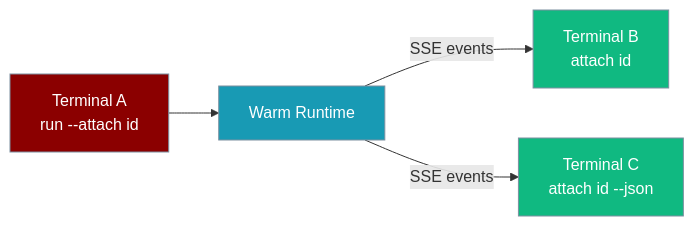
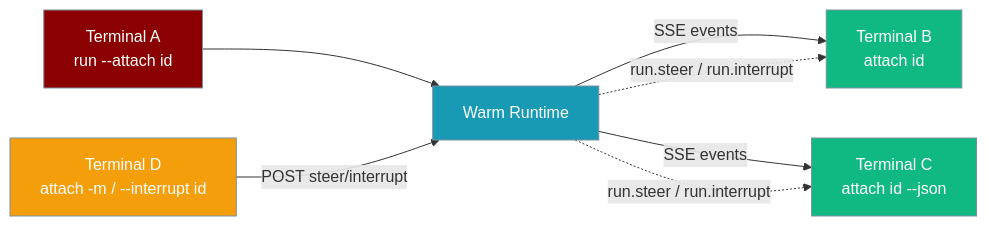
One commit to MervinPraison/PraisonAIDocs changed the first of 3 diagrams in docs/cli/attach.mdx. Above: the diagram before and after it, drawn with Mermaid. The commit also changed other lines of this file and 2 other files, not shown here.

Commit message:
docs: document attach --message/--interrupt live-turn control (fixes #4595)

````diff
--- a/docs/cli/attach.mdx
+++ b/docs/cli/attach.mdx
@@ -10,14 +10,19 @@
 ```mermaid
 graph LR
     A[Terminal A<br/>run --attach id] --> R[Warm Runtime]
     R -->|SSE events| B[Terminal B<br/>attach id]
     R -->|SSE events| C[Terminal C<br/>attach id --json]
+    D[Terminal D<br/>attach -m / --interrupt id] -->|POST steer/interrupt| R
+    R -.->|run.steer / run.interrupt| B
+    R -.->|run.steer / run.interrupt| C
 
     classDef input fill:#8B0000,stroke:#7C90A0,color:#fff
     classDef process fill:#189AB4,stroke:#7C90A0,color:#fff
     classDef output fill:#10B981,stroke:#7C90A0,color:#fff
+    classDef control fill:#F59E0B,stroke:#7C90A0,color:#fff
 
     class A input
     class R process
     class B,C output
+    class D control
 ```
````
